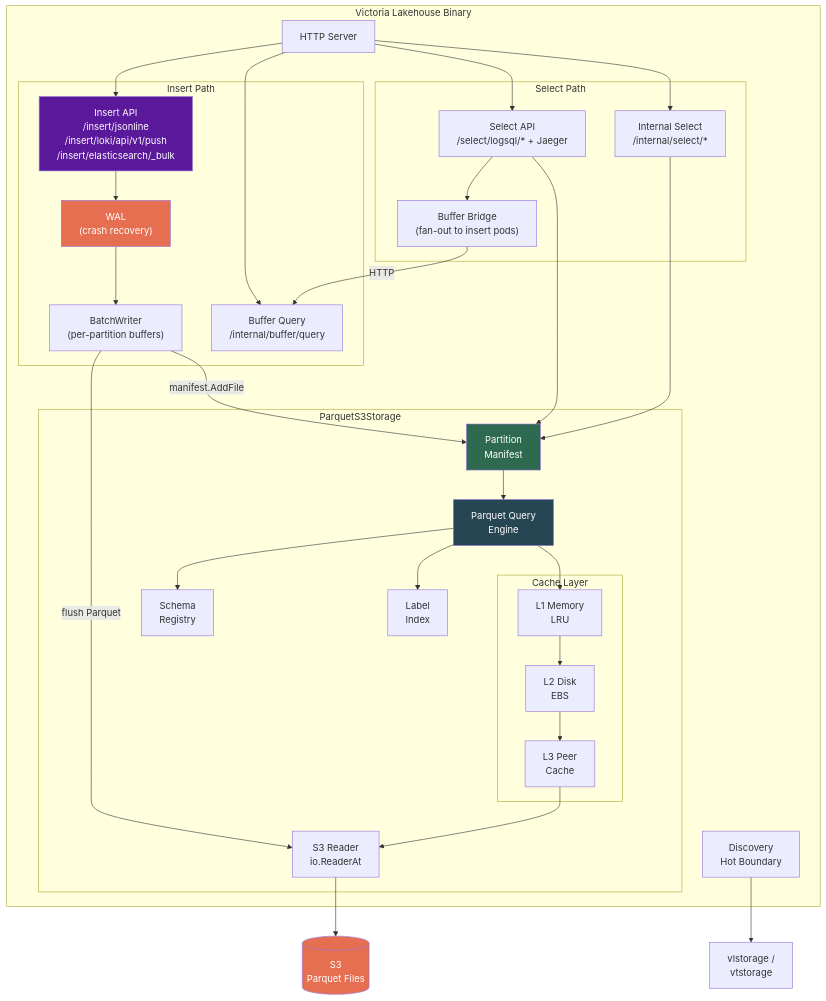
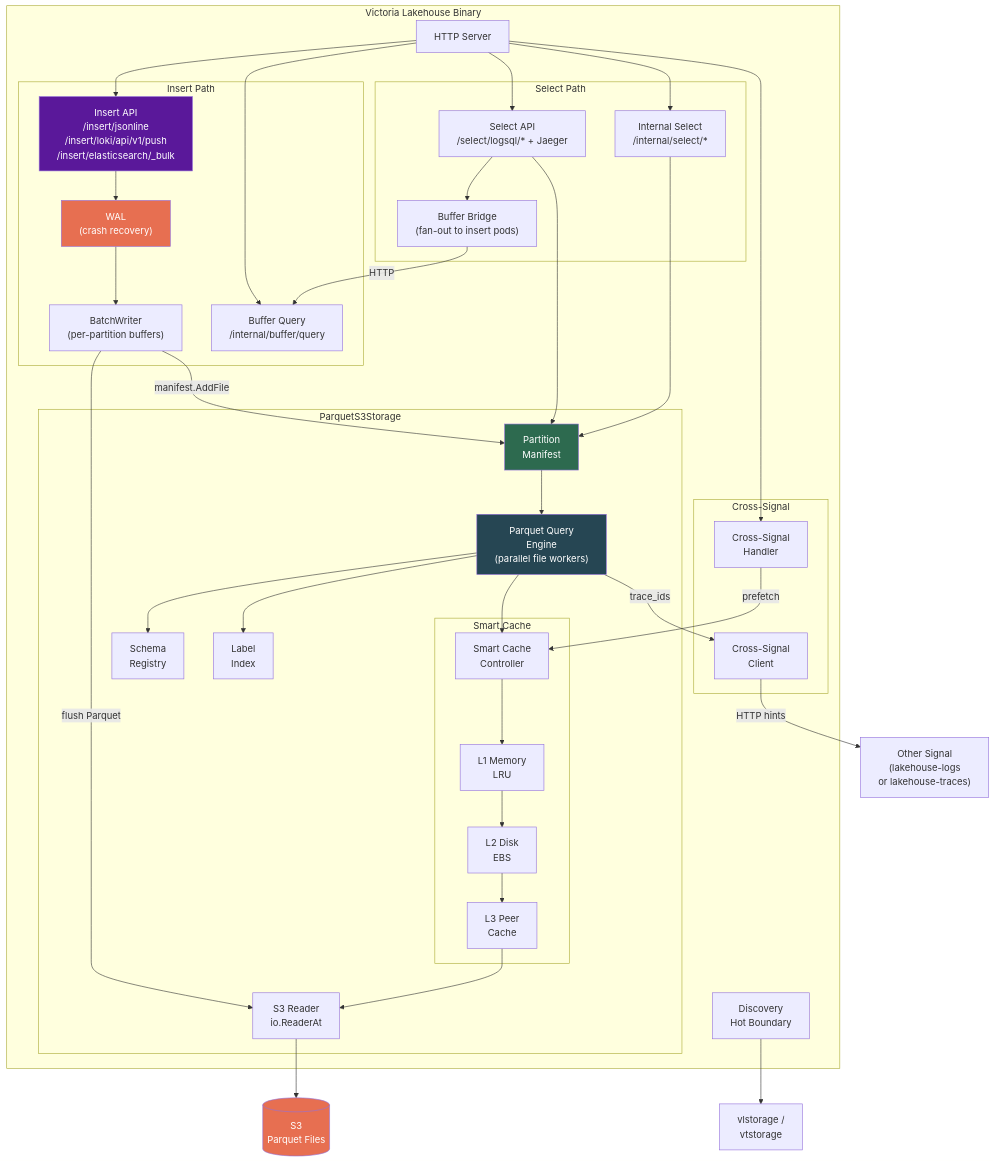
Before and after one commit to ReliablyObserve/victoria-lakehouse: the first of 15 diagrams in docs/architecture.md, drawn with Mermaid. The commit also changed other lines of this file and 6 other files, not shown here.

First line of the commit message:
docs: add smart cache, cross-signal prefetch docs, changelog, chart config

````diff
--- a/docs/architecture.md
+++ b/docs/architecture.md
@@ -12,65 +12,76 @@
 ```mermaid
 graph TD
     subgraph "Victoria Lakehouse Binary"
         HTTP["HTTP Server"]
         
         subgraph "Insert Path"
             INS["Insert API<br/>/insert/jsonline<br/>/insert/loki/api/v1/push<br/>/insert/elasticsearch/_bulk"]
             WAL["WAL<br/>(crash recovery)"]
             BW["BatchWriter<br/>(per-partition buffers)"]
             BB["Buffer Query<br/>/internal/buffer/query"]
         end
         
         subgraph "Select Path"
             API["Select API<br/>/select/logsql/* + Jaeger"]
             IS["Internal Select<br/>/internal/select/*"]
             BRIDGE["Buffer Bridge<br/>(fan-out to insert pods)"]
         end
         
         subgraph "ParquetS3Storage"
             MF["Partition<br/>Manifest"]
-            QE["Parquet Query<br/>Engine"]
+            QE["Parquet Query<br/>Engine<br/>(parallel file workers)"]
             SR["Schema<br/>Registry"]
             
-            subgraph "Cache Layer"
+            subgraph "Smart Cache"
+                SC["Smart Cache<br/>Controller"]
                 L1["L1 Memory<br/>LRU"]
                 L2["L2 Disk<br/>EBS"]
                 PC["L3 Peer<br/>Cache"]
             end
             
             S3R["S3 Reader<br/>io.ReaderAt"]
             LI["Label<br/>Index"]
         end
         
+        subgraph "Cross-Signal"
+            CSC["Cross-Signal<br/>Client"]
+            CSH["Cross-Signal<br/>Handler"]
+        end
+        
         DISC["Discovery<br/>Hot Boundary"]
     end
     
     HTTP --> INS
     HTTP --> API
     HTTP --> IS
     HTTP --> BB
+    HTTP --> CSH
     INS --> WAL
     WAL --> BW
     BW -->|flush Parquet| S3R
     BW -->|manifest.AddFile| MF
     API --> MF
     API --> BRIDGE
     BRIDGE -->|HTTP| BB
     IS --> MF
     MF --> QE
     QE --> SR
-    QE --> L1
+    QE --> SC
+    SC --> L1
     L1 --> L2
     L2 --> PC
     PC --> S3R
     QE --> LI
+    QE -->|trace_ids| CSC
+    CSC -->|HTTP hints| OTHER["Other Signal<br/>(lakehouse-logs<br/>or lakehouse-traces)"]
+    CSH -->|prefetch| SC
     
     S3R --> S3[("S3<br/>Parquet Files")]
     DISC --> HOT["vlstorage /<br/>vtstorage"]
 
     style MF fill:#2d6a4f,color:#fff
     style QE fill:#264653,color:#fff
     style S3 fill:#e76f51,color:#fff
     style WAL fill:#e76f51,color:#fff
     style INS fill:#5a189a,color:#fff
 ```
````
